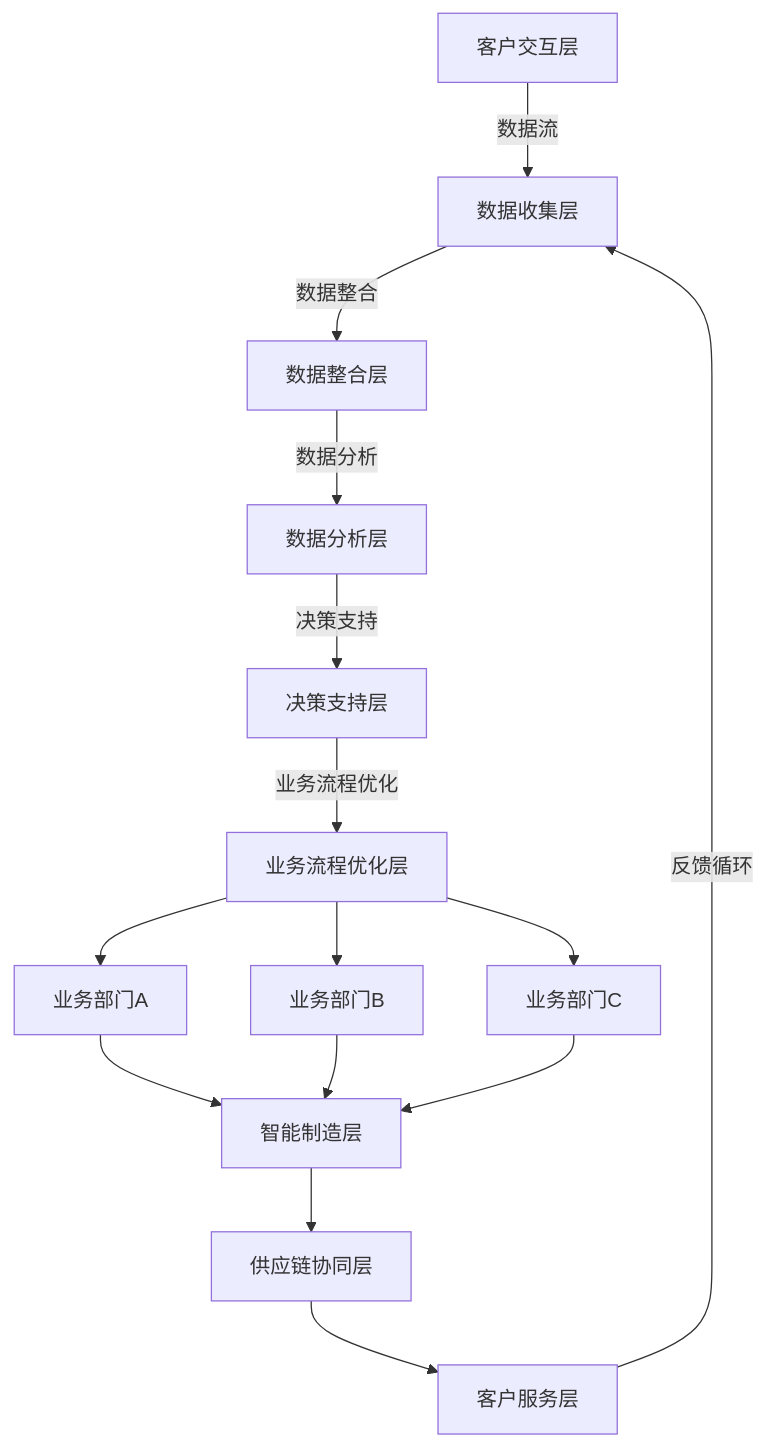
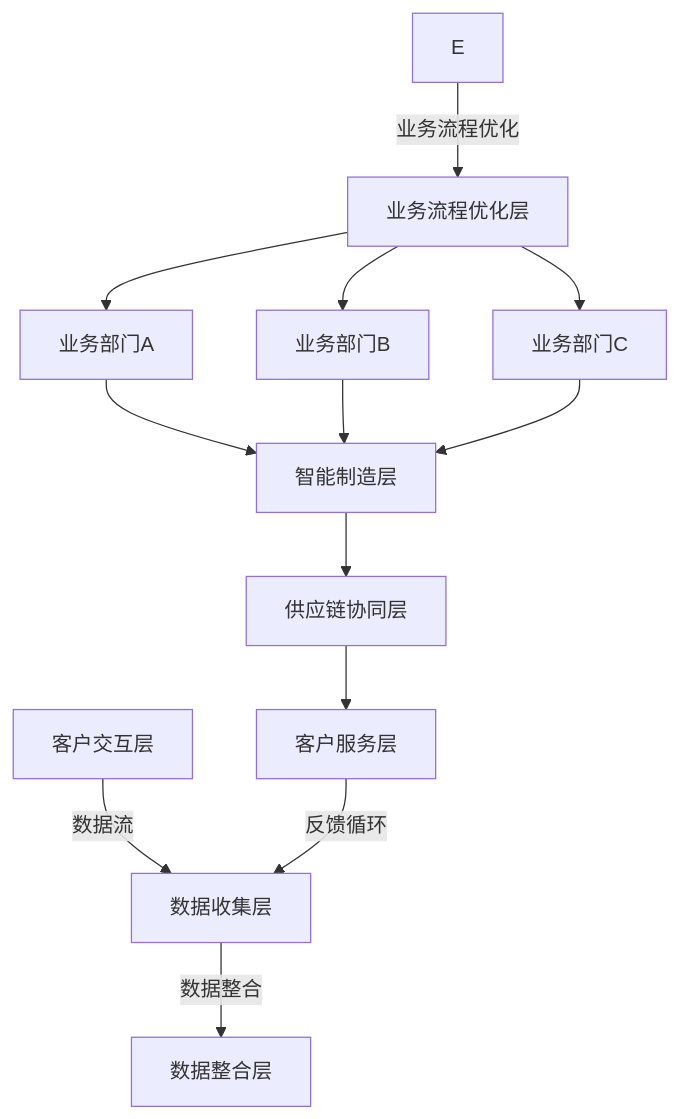
The diagram in all/未命名-6.md (Theo20221119/iodraw-files), drawn with Mermaid before and after one commit.

Commit message:
2024-12-19 10:36:44 update

````diff
--- a/all/未命名-6.md
+++ b/all/未命名-6.md
@@ -1,18 +1,17 @@
 ```mermaid
 graph TD
     A[客户交互层] -->|数据流| B[数据收集层]
     B -->|数据整合| C[数据整合层]
-    C -->|数据分析| D[数据分析层]
-    D -->|决策支持| E[决策支持层]
+   
     E -->|业务流程优化| F[业务流程优化层]
     F --> G[业务部门A]
     F --> H[业务部门B]
     F --> I[业务部门C]
     G --> J[智能制造层]
     H --> J
     I --> J
     J --> K[供应链协同层]
     K --> L[客户服务层]
     L -->|反馈循环| B
 
 ```
````
